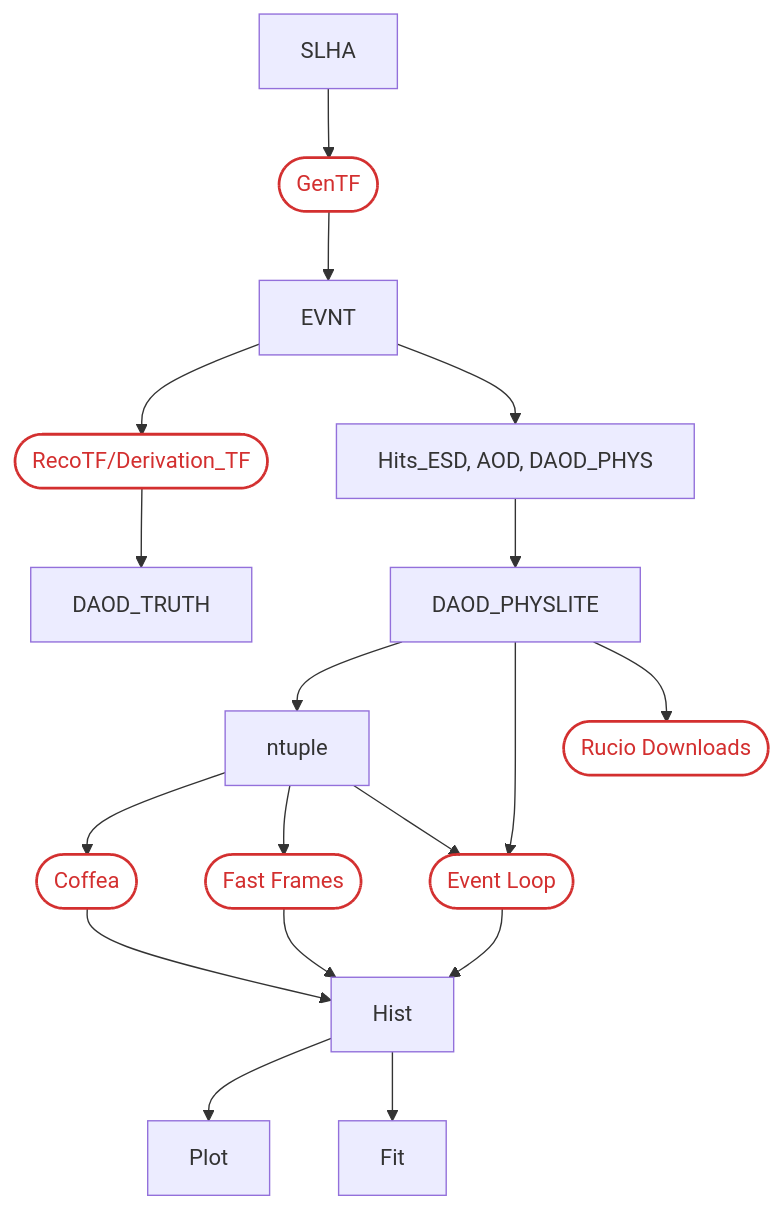
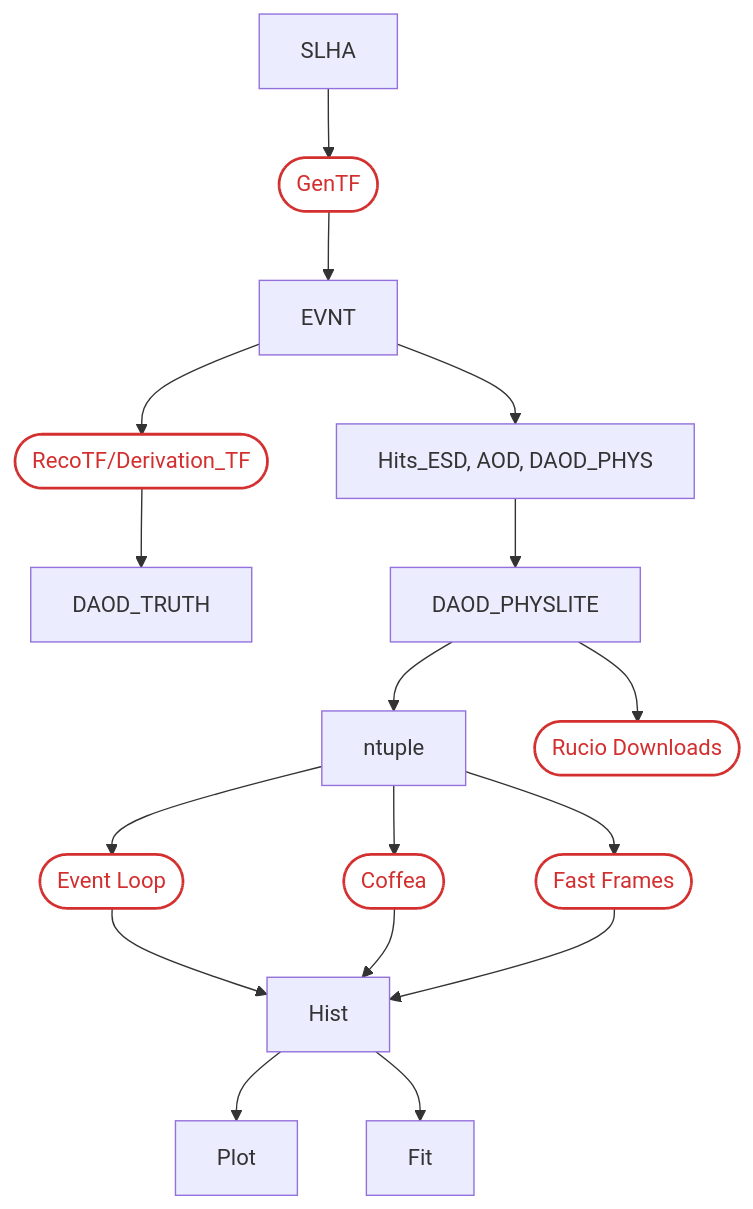
Before and after one commit to usatlas/AF-Benchmarking: the diagram in docs/flowChart.md, drawn with Mermaid.

Commit message:
updated paths

````diff
--- a/docs/flowChart.md
+++ b/docs/flowChart.md
@@ -1,42 +1,41 @@
 ```mermaid
 flowchart TD
     SLHA --> GenTF
     GenTF --> EVNT
     EVNT --> RecoTF/Derivation_TF
     RecoTF/Derivation_TF --> DAOD_TRUTH
     Event_Loop --> Hist
 
     EVNT--> bash["Hits_ESD, AOD, DAOD_PHYS"]
     bash["Hits_ESD, AOD, DAOD_PHYS"] --> DAOD_PHYSLITE
 
     ntuple --> Coffea
     Coffea --> Hist
 
     ntuple --> Fast_Frames
     Fast_Frames --> Hist
 
     ntuple --> Event_Loop
     DAOD_PHYSLITE --> ntuple
-    DAOD_PHYSLITE --> Event_Loop
     DAOD_PHYSLITE --> Rucio_Downloads
 
     Hist --> Plot
     Hist --> Fit
 
     click Event_Loop "https://github.com/usatlas/AF-Benchmarking/tree/main/event_loop" "Event Loop documentation"
     click Coffea "https://github.com/usatlas/AF-Benchmarking/tree/main/NTuple_Hist/coffea" "Coffea documentation"
     click Fast_Frames "https://github.com/usatlas/AF-Benchmarking/tree/main/NTuple_Hist/fastframes" "Fast Frames documentation"
     click Rucio_Downloads "https://github.com/usatlas/AF-Benchmarking/blob/main/Rucio/rucio_script.sh" "'Rucio Downloads' Script"
     click GenTF "https://github.com/usatlas/AF-Benchmarking/tree/main/EVNT" "EVNT Job Scripts"
     click RecoTF/Derivation_TF "https://github.com/usatlas/AF-Benchmarking/tree/main/TRUTH3" "TRUTH3 Job Scripts"
 
     Event_Loop(["Event Loop"])
     Coffea(["Coffea"])
     Fast_Frames(["Fast Frames"])
     Rucio_Downloads(["Rucio Downloads"])
     GenTF(["GenTF"])
     RecoTF/Derivation_TF(["RecoTF/Derivation_TF"])
     
     classDef method fill:transparent,stroke:#d32f2f,stroke-width:2px,color:#d32f2f;
     class Event_Loop,Coffea,Fast_Frames,Rucio_Downloads,GenTF,RecoTF/Derivation_TF method;
 ```
````
